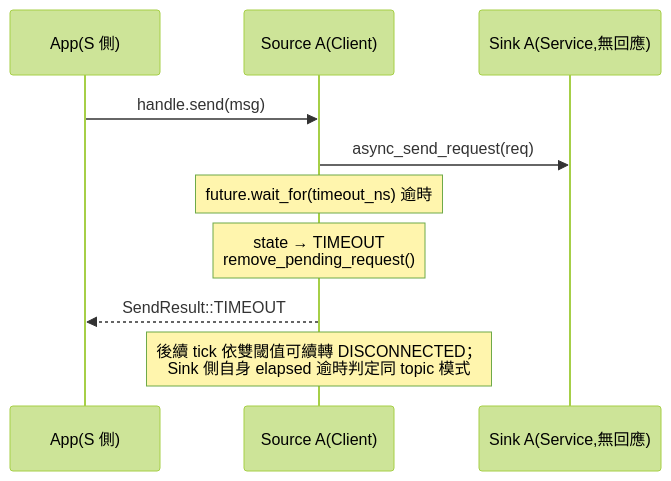
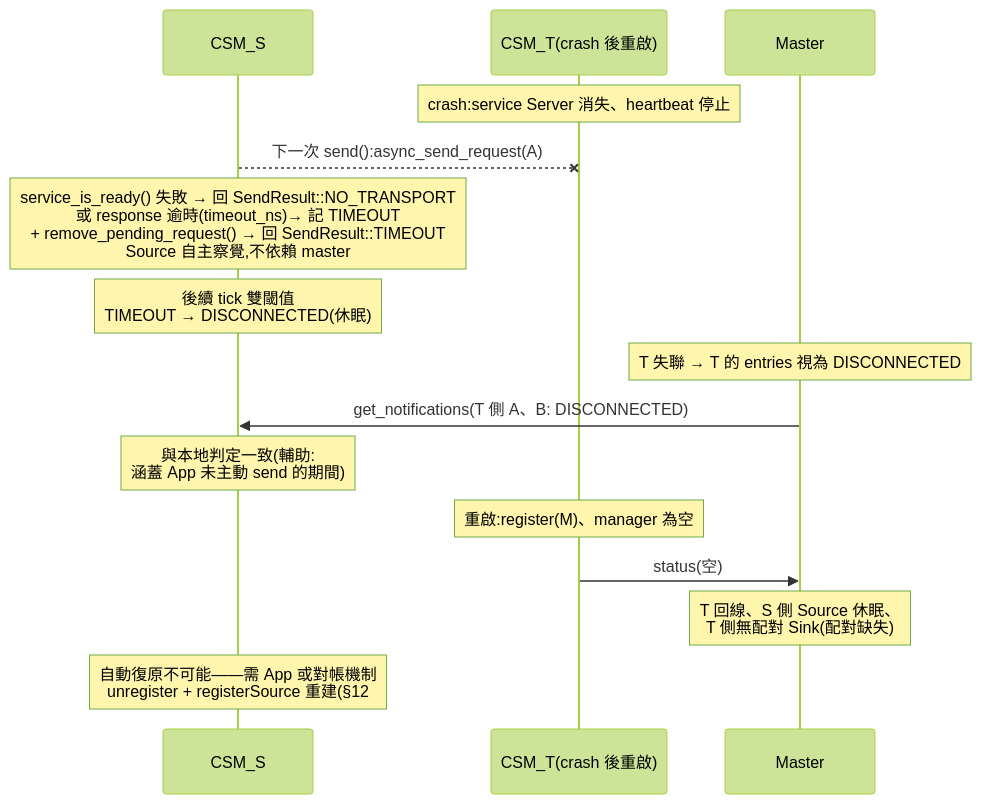
Before and after one commit to cocobird231/rv2_project: diagram 29 of 42 in r1_design_draft.md, drawn with Mermaid (forest theme). The commit also changed other lines of this file, not shown here.

````diff
--- a/r1_design_draft.md
+++ b/r1_design_draft.md
@@ -1636,13 +2163,19 @@
 ```mermaid
 sequenceDiagram
-    participant App as App(S 側)
-    participant Src as Source A(Client)
-    participant Snk as Sink A(Service,無回應)
+    participant S as CSM_S
+    participant T as CSM_T(crash 後重啟)
+    participant M as Master
 
-    App->>Src: handle.send(msg)
-    Src->>Snk: async_send_request(req)
-    Note over Src: future.wait_for(timeout_ns) 逾時
-    Note over Src: state → TIMEOUT<br/>remove_pending_request()
-    Src-->>App: SendResult::TIMEOUT
-    Note over Src: 後續 tick 依雙閾值可續轉 DISCONNECTED；<br/>Sink 側自身 elapsed 逾時判定同 topic 模式
+    Note over T: crash:service Server 消失、heartbeat 停止
+    S--xT: 下一次 send():async_send_request(A)
+    Note over S: service_is_ready() 失敗 → 回 SendResult::NO_TRANSPORT<br/>或 response 逾時(timeout_ns)→ 記 TIMEOUT<br/>+ remove_pending_request() → 回 SendResult::TIMEOUT<br/>Source 自主察覺,不依賴 master
+    Note over S: 後續 tick 雙閾值<br/>TIMEOUT → DISCONNECTED(休眠)
+    Note over M: T 失聯 → T 的 entries 視為 DISCONNECTED
+    M->>S: get_notifications(T 側 A、B: DISCONNECTED)
+    Note over S: 與本地判定一致(輔助:<br/>涵蓋 App 未主動 send 的期間)
+
+    Note over T: 重啟:register(M)、manager 為空
+    T->>M: status(空)
+    Note over M: T 回線、S 側 Source 休眠、<br/>T 側無配對 Sink(配對缺失)
+    Note over S: 自動復原不可能——需 App 或對帳機制<br/>unregister + registerSource 重建(§12 #4)
 ```
````
